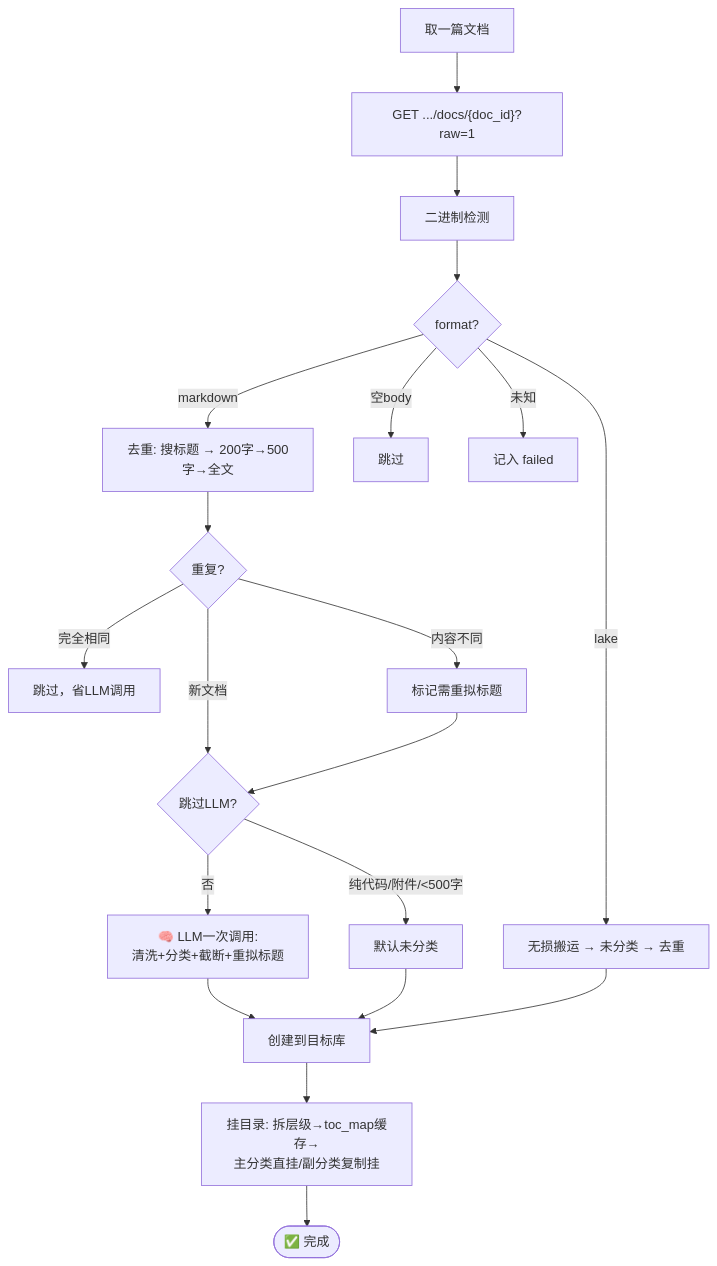
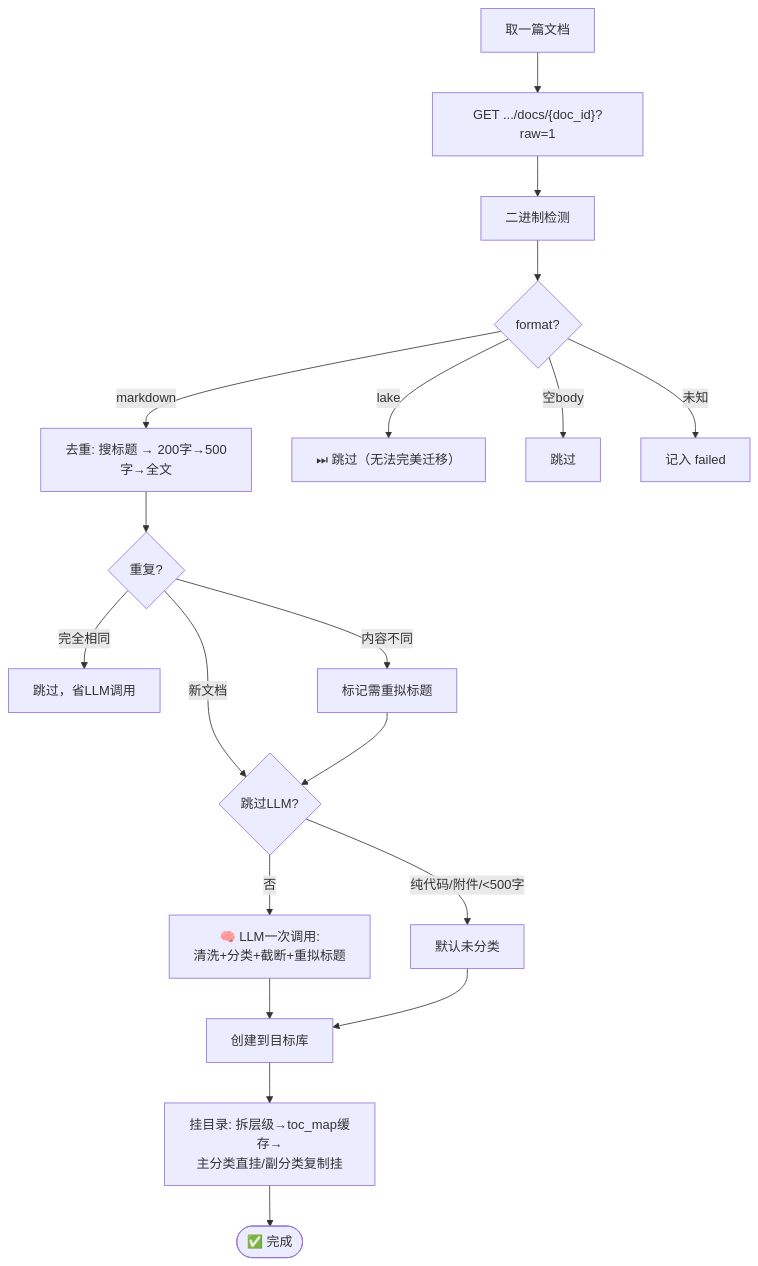
One commit to yehuoshun/yuque-migration-skill changed the second of 4 diagrams in README.md. Above: the diagram before and after it, drawn with Mermaid. The commit also changed 2 other files, not shown here.

Commit message:
feat: lake文档改为跳过而非无损搬运
lake文档结构复杂、格式不兼容，无法完美迁移。
改为直接跳过并标注到 skipped_lake，不再尝试创建。

修改：
- SKILL.md: 处理逻辑、进度字段、汇报格式
- scripts/migrate.py: 移除 lake 创建逻辑，替换为跳过
- README.md: 流程图同步更新

````diff
--- a/README.md
+++ b/README.md
@@ -218,22 +218,21 @@
 ```mermaid
 flowchart TD
     S["取一篇文档"] --> A["GET .../docs/{doc_id}?raw=1"]
     A --> A1["二进制检测"]
     A1 --> B{"format?"}
     B -->|markdown| M["去重: 搜标题 → 200字→500字→全文"]
-    B -->|lake| L["无损搬运 → 未分类 → 去重"]
+    B -->|lake| SKIP_L["⏭ 跳过（无法完美迁移）"]
     B -->|空body| SK["跳过"]
     B -->|未知| F["记入 failed"]
     M --> M1{"重复?"}
     M1 -->|完全相同| SKIP["跳过，省LLM调用"]
     M1 -->|新文档| M2{"跳过LLM?"}
     M1 -->|内容不同| RN["标记需重拟标题"]
     RN --> M2
     M2 -->|纯代码/附件/<500字| MC["默认未分类"]
     M2 -->|否| M3["🧠 LLM一次调用:\n清洗+分类+截断+重拟标题"]
     M3 --> CR
     MC --> CR["创建到目标库"]
-    L --> CR
     CR --> TC["挂目录: 拆层级→toc_map缓存→\n主分类直挂/副分类复制挂"]
     TC --> DN(["✅ 完成"])
 ```
````
